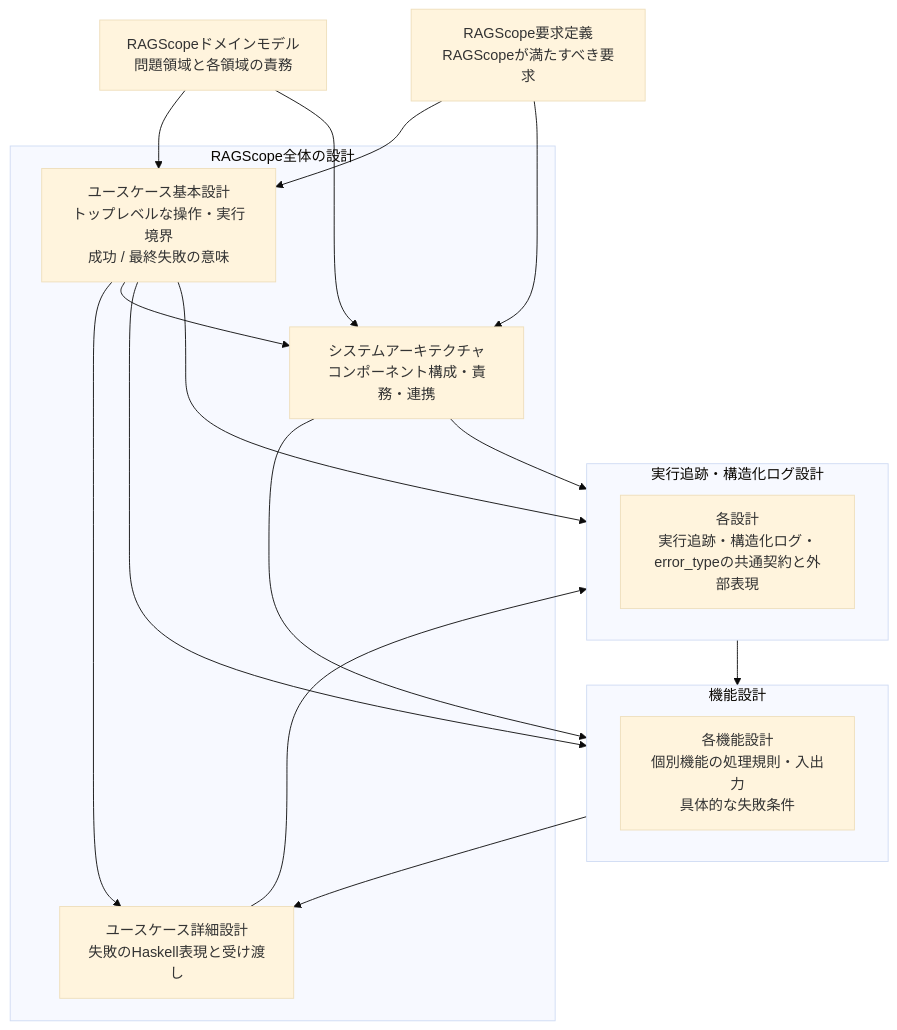
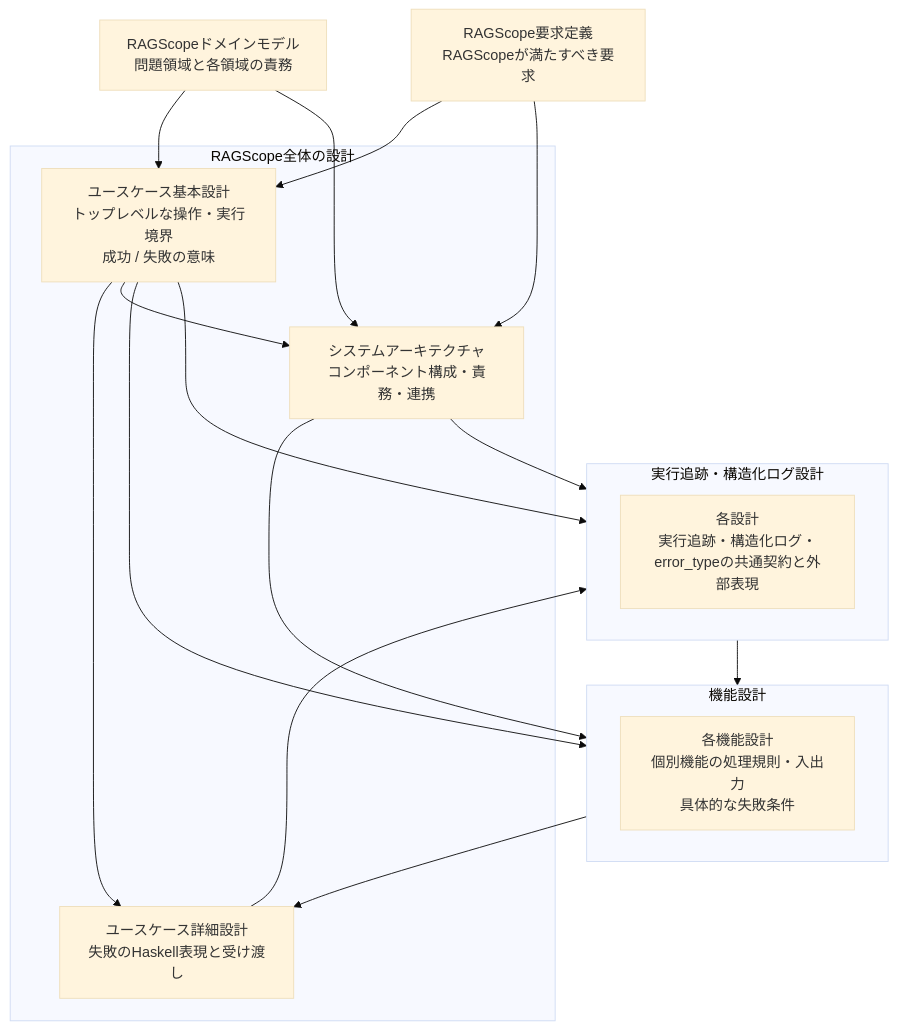
One commit to takashit16833/RAGScope changed the diagram in project-docs/design/README.md. Above: the diagram before and after it, drawn with Mermaid (base theme). The commit also changed other lines of this file, not shown here.

````diff
--- a/project-docs/design/README.md
+++ b/project-docs/design/README.md
@@ -21,35 +21,35 @@
 ```mermaid
 flowchart TD
     Domain["RAGScopeドメインモデル<br>問題領域と各領域の責務"]
     Requirements["RAGScope要求定義<br>RAGScopeが満たすべき要求"]
 
     subgraph Core["RAGScope全体の設計"]
-        UseCase["ユースケース基本設計<br>トップレベルな操作・実行境界<br>成功 / 最終失敗の意味"]
+        UseCase["ユースケース基本設計<br>トップレベルな操作・実行境界<br>成功 / 失敗の意味"]
         UseCaseDetail["ユースケース詳細設計<br>失敗のHaskell表現と受け渡し"]
         Architecture["システムアーキテクチャ<br>コンポーネント構成・責務・連携"]
         UseCase --> UseCaseDetail
         UseCase --> Architecture
     end
 
     subgraph Features["機能設計"]
         FeatureDesigns["各機能設計<br>個別機能の処理規則・入出力<br>具体的な失敗条件"]
     end
 
     subgraph Logging["実行追跡・構造化ログ設計"]
         LoggingDesigns["各設計<br>実行追跡・構造化ログ・error_typeの共通契約と外部表現"]
     end
 
     Domain --> UseCase
     Requirements --> UseCase
     Domain --> Architecture
     Requirements --> Architecture
 
     Architecture --> Features
     UseCase --> Features
     Features --> UseCaseDetail
 
     UseCase --> Logging
     UseCaseDetail --> Logging
     Architecture --> Logging
     Logging --> Features
 ```
````
